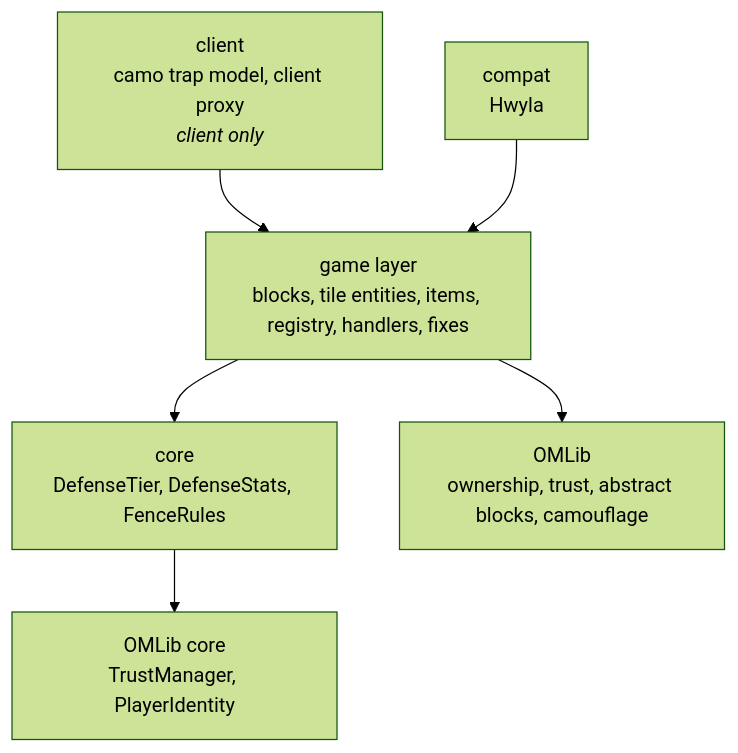
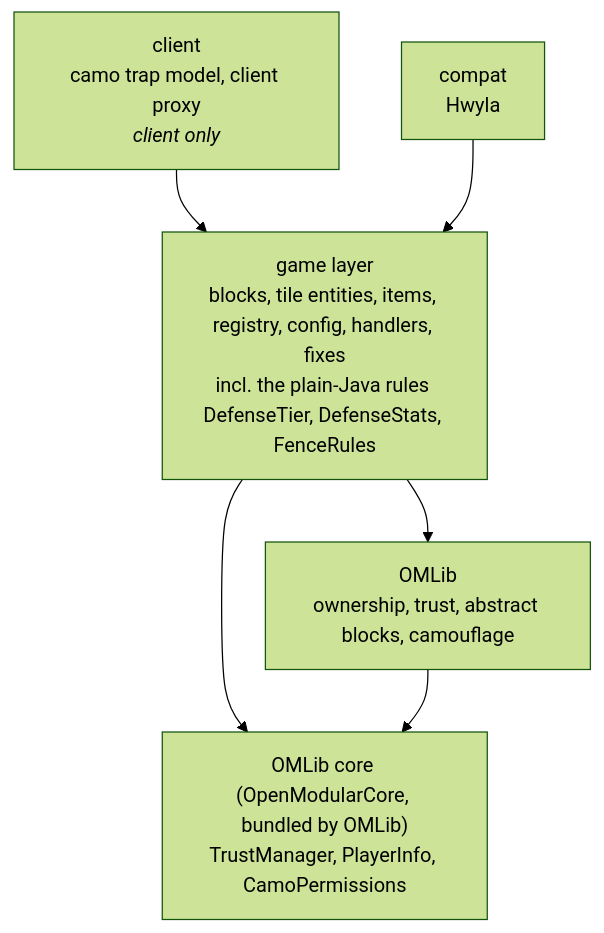
The diagram in docs/architecture.md (OpenModularTurretsTeam/OpenModularPassiveDefense), drawn with Mermaid (forest theme) before and after one commit. The commit also changed other lines of this file, not shown here.

Commit message:
Describe OMPD's rules in the game layer and the shared core in the guide

````diff
--- a/docs/architecture.md
+++ b/docs/architecture.md
@@ -22,13 +24,13 @@
 ```mermaid
 flowchart TB
     client["client<br/>camo trap model, client proxy<br/><i>client only</i>"]
-    game["game layer<br/>blocks, tile entities, items, registry, handlers, fixes"]
+    game["game layer<br/>blocks, tile entities, items, registry, config, handlers, fixes<br/>incl. the plain-Java rules DefenseTier, DefenseStats, FenceRules"]
     compat["compat<br/>Hwyla"]
-    core["core<br/>DefenseTier, DefenseStats, FenceRules"]
     omlib["OMLib<br/>ownership, trust, abstract blocks, camouflage"]
+    omlibcore["OMLib core (OpenModularCore, bundled by OMLib)<br/>TrustManager, PlayerInfo, CamoPermissions"]
     client --> game
     compat --> game
-    game --> core
     game --> omlib
-    core --> omlibcore["OMLib core<br/>TrustManager, PlayerIdentity"]
+    game --> omlibcore
+    omlib --> omlibcore
 ```
````
